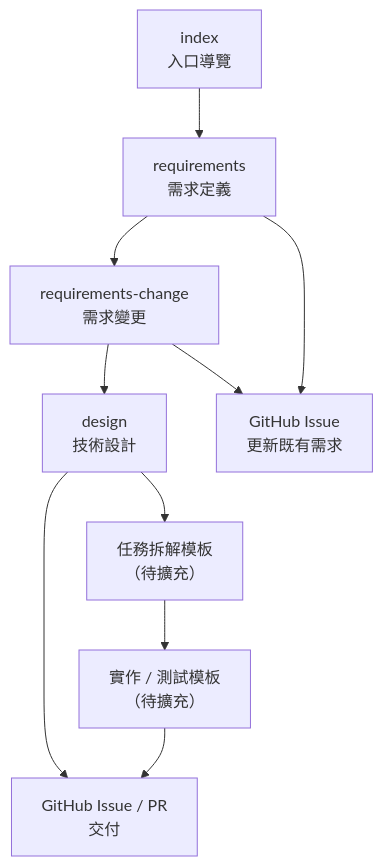
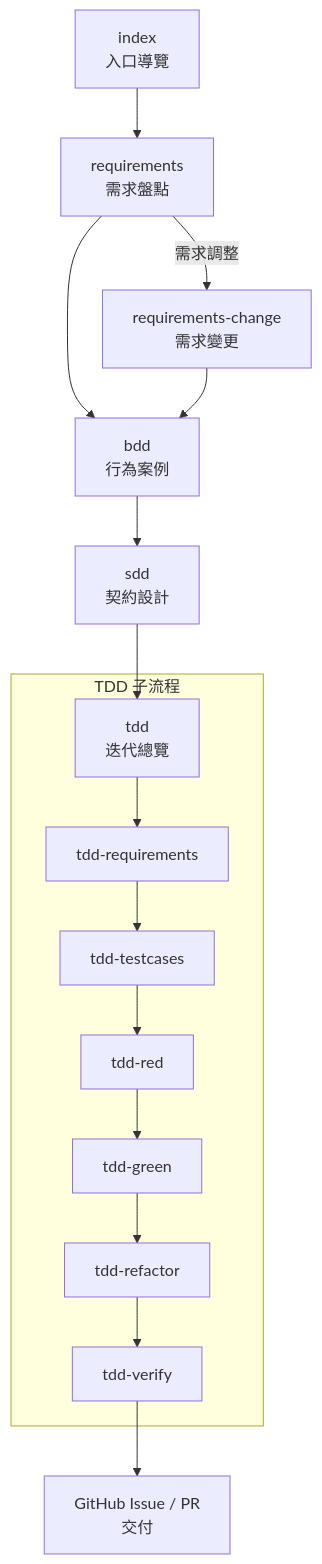
Before and after one commit to hsiangjenli/prompts: the diagram in README.md, drawn with Mermaid. The commit also changed other lines of this file, not shown here.

Commit message:
chore: enhance README for clarity and structure, adding detailed prompts and flowcharts

````diff
--- a/README.md
+++ b/README.md
@@ -18,12 +40,25 @@
 ```mermaid
 flowchart TB
-    PI[index<br/>入口導覽] --> PRQ[requirements<br/>需求定義]
-    PRQ --> PRC[requirements-change<br/>需求變更]
-    PRC --> PD[design<br/>技術設計]
-    PD --> PT[任務拆解模板<br/>（待擴充）]
-    PT --> PIMPL[實作 / 測試模板<br/>（待擴充）]
-    PRC --> GH1[GitHub Issue<br/>更新既有需求]
-    PRQ --> GH1
-    PD --> GH[GitHub Issue / PR<br/>交付]
-    PIMPL --> GH
+    PI[index
+入口導覽] --> PRQ[requirements
+需求盤點]
+    PRQ -->|需求調整| PRC[requirements-change
+需求變更]
+    PRQ --> PBDD[bdd
+行為案例]
+    PRC --> PBDD
+    PBDD --> PSDD[sdd
+契約設計]
+    PSDD --> PTDD[tdd
+迭代總覽]
+    subgraph "TDD 子流程"
+        PTDD --> TRQ[tdd-requirements]
+        TRQ --> TTC[tdd-testcases]
+        TTC --> TRD[tdd-red]
+        TRD --> TGR[tdd-green]
+        TGR --> TRF[tdd-refactor]
+        TRF --> TVF[tdd-verify]
+    end
+    TVF --> GH[GitHub Issue / PR
+交付]
 ```
````
